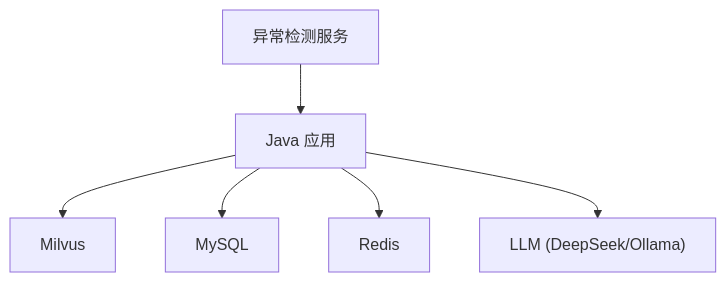
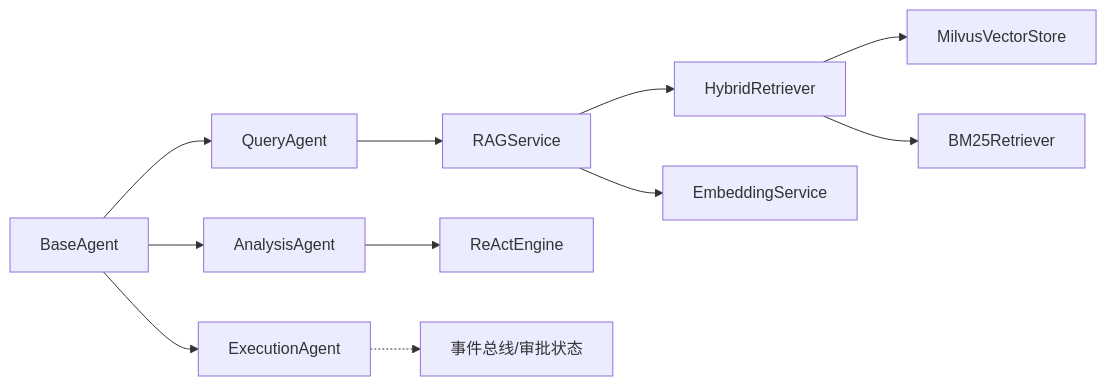
The seventh of 7 diagrams in .qoder/repowiki/zh/content/项目概述/核心功能特性.md (lyyzzz6/AIops), drawn with Mermaid before and after one commit. The commit also changed other lines of this file and 371 other files, not shown here.

````diff
--- a/.qoder/repowiki/zh/content/项目概述/核心功能特性.md
+++ b/.qoder/repowiki/zh/content/项目概述/核心功能特性.md
@@ -239,8 +361,13 @@
 ```mermaid
-graph TB
-JAVA["Java 应用"] --> MILVUS["Milvus"]
-JAVA --> MYSQL["MySQL"]
-JAVA --> REDIS["Redis"]
-JAVA --> LLM["LLM (DeepSeek/Ollama)"]
-DET["异常检测服务"] --> JAVA
+graph LR
+BA["BaseAgent"] --> QA["QueryAgent"]
+BA --> AA["AnalysisAgent"]
+BA --> EA["ExecutionAgent"]
+QA --> RS["RAGService"]
+RS --> HR["HybridRetriever"]
+HR --> MS["MilvusVectorStore"]
+HR --> BR["BM25Retriever"]
+RS --> ES["EmbeddingService"]
+AA --> RE["ReActEngine"]
+EA -.-> EVT["事件总线/审批状态"]
 ```
````
